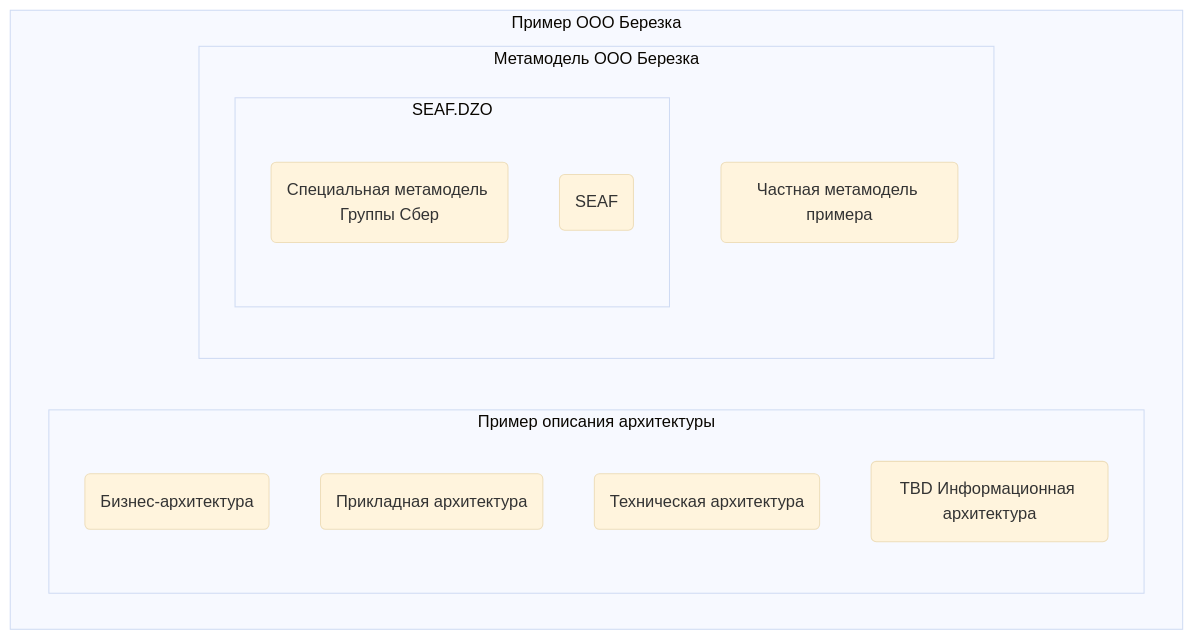
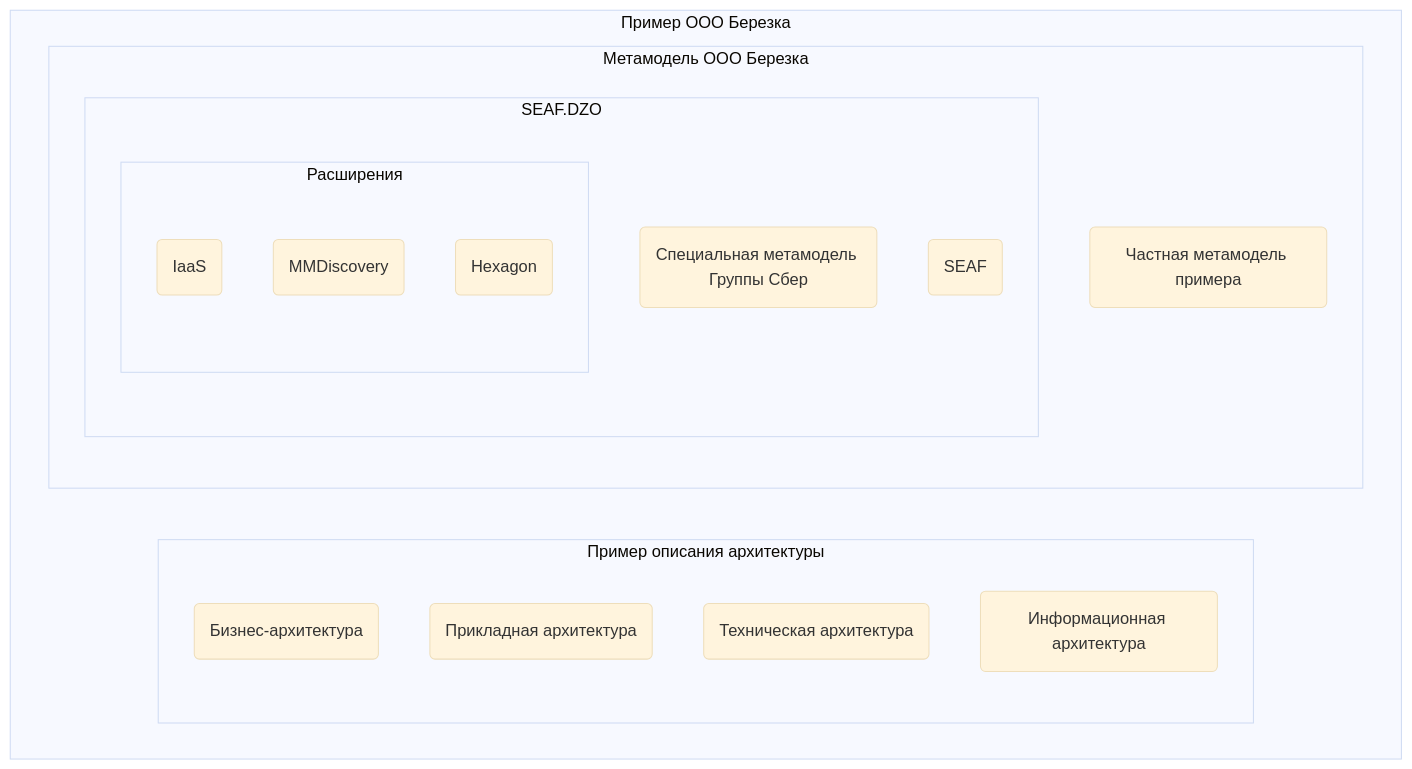
The diagram in README.md (SEAFTeam/seaf-dzo-prototype), drawn with Mermaid (base theme) before and after one commit. The commit also changed other lines of this file and 4 other files, not shown here.

````diff
--- a/README.md
+++ b/README.md
@@ -5,18 +6,23 @@
 ```mermaid
 flowchart TB
     subgraph "Пример ООО Березка"
         subgraph Пример описания архитектуры
             id2(Бизнес-архитектура)
             id3(Прикладная архитектура)
             id4(Техническая архитектура)
-            id5(TBD Информационная архитектура )
+            id5(Информационная архитектура )
         end
         subgraph Метамодель ООО Березка
             id6(Частная метамодель примера)
             subgraph SEAF.DZO
                 id7(Специальная метамодель Группы Сбер)
-                id8(SEAF)
+                subgraph Расширения
+                    id8(IaaS)
+                    id9(MMDiscovery)
+                    id10(Hexagon)
+                end
+                seaf(SEAF)
             end
         end
     end
 ```
````
